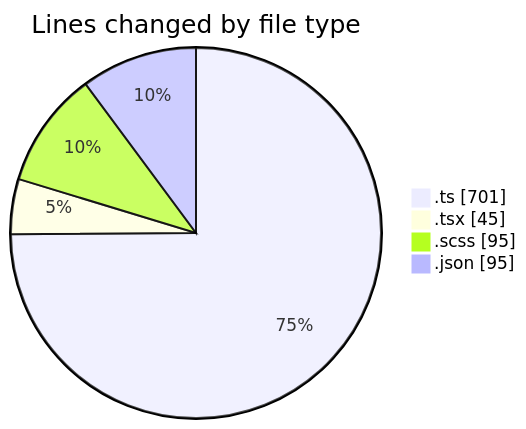
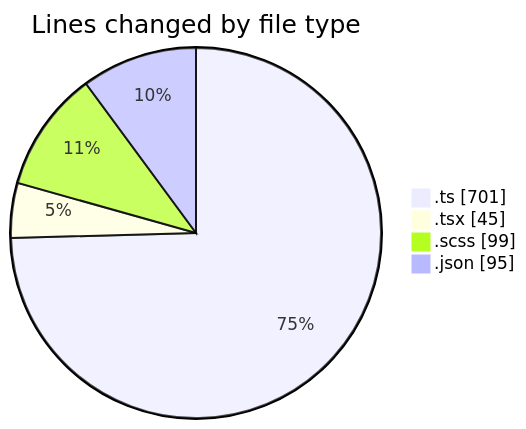
Before and after one commit to momahboobian/code-tracking: the first of 2 diagrams in 2026-10-29/cda/README.md, drawn with Mermaid. The commit also changed other lines of this file and 1 other file, not shown here.

````diff
--- a/2026-10-29/cda/README.md
+++ b/2026-10-29/cda/README.md
@@ -25,8 +25,8 @@
 ```mermaid
 pie showData
 title Lines changed by file type
 ".ts" : 701
 ".tsx" : 45
-".scss" : 95
+".scss" : 99
 ".json" : 95
 ```
````
